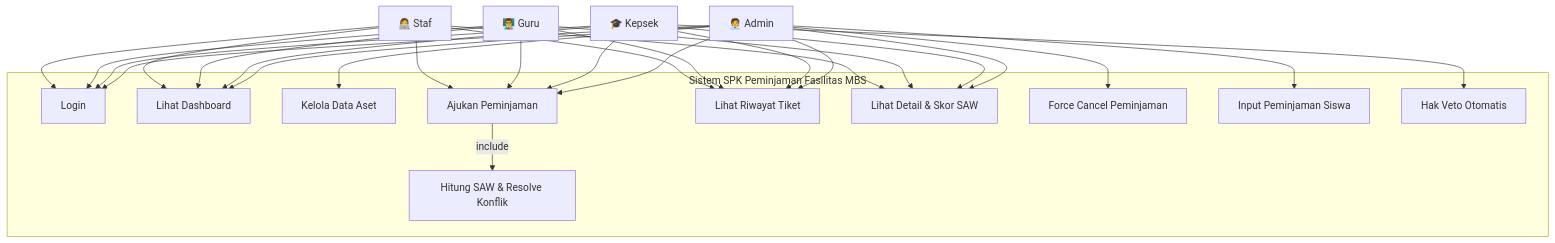
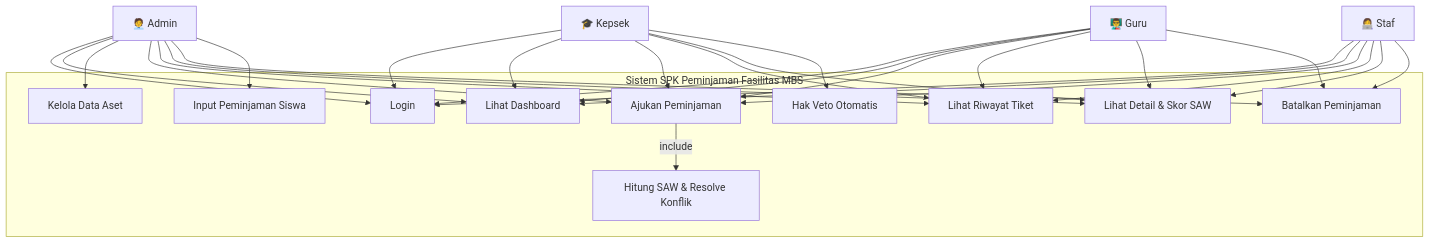
The first of 4 diagrams in README.md (Rizalibrah08/booking-sistem), drawn with Mermaid before and after one commit. The commit also changed other lines of this file and 10 other files, not shown here.

````diff
--- a/README.md
+++ b/README.md
@@ -141,50 +141,52 @@
 ```mermaid
 graph TB
     subgraph System["Sistem SPK Peminjaman Fasilitas MBS"]
         UC1["Login"]
         UC2["Lihat Dashboard"]
         UC3["Kelola Data Aset"]
         UC4["Ajukan Peminjaman"]
         UC5["Lihat Riwayat Tiket"]
         UC6["Lihat Detail & Skor SAW"]
-        UC7["Force Cancel Peminjaman"]
+        UC7["Batalkan Peminjaman"]
         UC8["Input Peminjaman Siswa"]
         UC9["Hak Veto Otomatis"]
         UC10["Hitung SAW & Resolve Konflik"]
     end
 
     Admin["🧑‍💼 Admin"]
     Kepsek["🎓 Kepsek"]
     Guru["👨‍🏫 Guru"]
     Staf["👩‍💻 Staf"]
 
     Admin --> UC1
     Admin --> UC2
     Admin --> UC3
     Admin --> UC4
     Admin --> UC5
     Admin --> UC6
     Admin --> UC7
     Admin --> UC8
 
     Kepsek --> UC1
     Kepsek --> UC2
     Kepsek --> UC4
     Kepsek --> UC5
     Kepsek --> UC6
     Kepsek --> UC9
 
     Guru --> UC1
     Guru --> UC2
     Guru --> UC4
     Guru --> UC5
     Guru --> UC6
+    Guru --> UC7
 
     Staf --> UC1
     Staf --> UC2
     Staf --> UC4
     Staf --> UC5
     Staf --> UC6
+    Staf --> UC7
 
     UC4 -->|"include"| UC10
 ```
````
